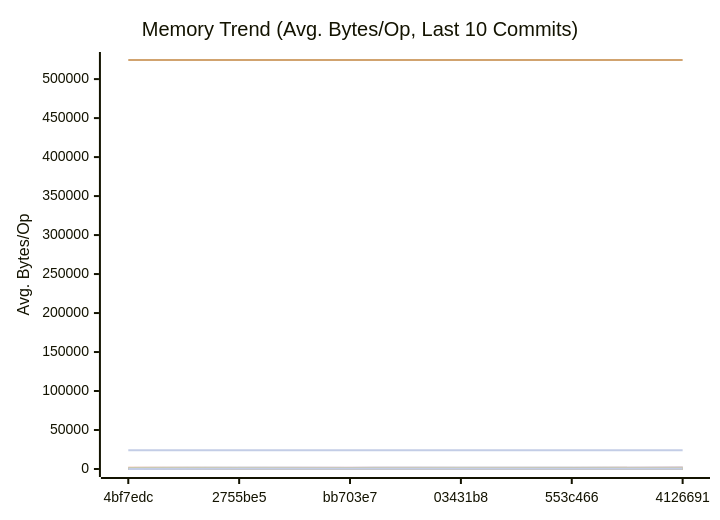
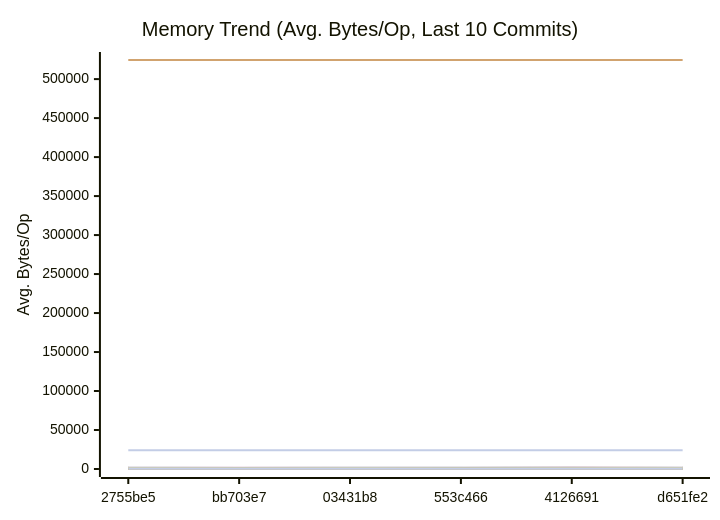
The second of 3 diagrams in docs/PERFORMANCE.md (alsotoes/momo), drawn with Mermaid before and after one commit. The commit also changed other lines of this file and 2 other files, not shown here.

````diff
--- a/docs/PERFORMANCE.md
+++ b/docs/PERFORMANCE.md
@@ -310,44 +310,44 @@
 ```mermaid
 xychart-beta
     title "Memory Trend (Avg. Bytes/Op, Last 10 Commits)"
     x-axis "Commit"
     y-axis "Avg. Bytes/Op"
-    x-axis [4bf7edc,2755be5,bb703e7,03431b8,553c466,4126691]
-    line "AWSChunkedReaderSigned" [128,114,123,127,107,88,100,107,110,64]
-    line "AWSChunkedReaderUnsigned" [147,109,121,110,100,95,109,105,108,49]
+    x-axis [2755be5,bb703e7,03431b8,553c466,4126691,d651fe2]
+    line "AWSChunkedReaderSigned" [114,123,127,107,88,100,107,110,64,68]
+    line "AWSChunkedReaderUnsigned" [109,121,110,100,95,109,105,108,49,63]
     line "CheckMetricsAndSwap" [0,0,0,0,0,0,0,0,0,0]
     line "CrushOptimized" [0,0,0,0,0,0,0,0,0,0]
     line "CrushOriginal" [164,164,164,164,164,164,164,164,164,164]
-    line "FormatListObjectsV2XML_AppendFormat" [524483,524463,524491,524477,524500,524483,524504,524463,524460,524580]
+    line "FormatListObjectsV2XML_AppendFormat" [524463,524491,524477,524500,524483,524504,524463,524460,524580,524552]
     line "FormatListObjectsV2XML_OldFormat" [24000,24000,24000,24000,24000,24000,24000,24000,24000,24000]
-    line "HashBytes/1MiB" [221,207,239,189,200,190,206,280,205,138]
-    line "HashBytes/256MiB" [220,189,234,233,223,190,239,186,209,129]
-    line "HashBytes/64MiB" [211,189,213,196,188,246,242,209,232,132]
-    line "HashFile/1MiB" [204,182,175,202,190,214,232,152,244,127]
-    line "HashFile/256MiB" [205,211,184,230,193,152,190,211,261,126]
-    line "HashFile/64MiB" [204,237,203,232,194,193,195,190,258,120]
+    line "HashBytes/1MiB" [207,239,189,200,190,206,280,205,138,157]
+    line "HashBytes/256MiB" [189,234,233,223,190,239,186,209,129,172]
+    line "HashBytes/64MiB" [189,213,196,188,246,242,209,232,132,172]
+    line "HashFile/1MiB" [182,175,202,190,214,232,152,244,127,148]
+    line "HashFile/256MiB" [211,184,230,193,152,190,211,261,126,156]
+    line "HashFile/64MiB" [237,203,232,194,193,195,190,258,120,142]
     line "IndexDirectTracking" [0,0,0,0,0,0,0,0,0,0]
     line "IndexSearch" [0,0,0,0,0,0,0,0,0,0]
     line "LastModifiedHeader_AppendFormat" [0,0,0,0,0,0,0,0,0,0]
     line "LastModifiedHeader_Format" [32,32,32,32,32,32,32,32,32,32]
     line "LoadGlobalConfig" [1976,1976,1976,1976,1976,1976,1976,1976,1976,1976]
-    line "LocalWrite/1MiB" [1318,1899,1346,1995,1817,1626,1829,1794,1712,592]
-    line "LocalWrite/256MiB" [1776,2213,1940,2087,2086,1665,2131,2012,2499,1674]
-    line "LocalWrite/64MiB" [1265,2063,1863,1888,2026,1495,1896,2009,2371,1365]
+    line "LocalWrite/1MiB" [1899,1346,1995,1817,1626,1829,1794,1712,592,751]
+    line "LocalWrite/256MiB" [2213,1940,2087,2086,1665,2131,2012,2499,1674,1356]
+    line "LocalWrite/64MiB" [2063,1863,1888,2026,1495,1896,2009,2371,1365,1282]
     line "PadString" [64,64,64,64,64,64,64,64,64,64]
     line "ParseReplicationOrder_NoPrealloc" [408,408,408,408,408,248,248,248,248,248]
     line "ParseReplicationOrder_Prealloc" [240,240,240,240,240,80,80,80,80,80]
     line "Placement" [352,352,352,352,352,352,352,352,352,352]
     line "PlacementDomainSpread" [352,352,352,352,352,352,352,352,352,352]
-    line "ReadVerify/1MiB" [206,264,221,222,228,159,210,218,304,186]
-    line "ReadVerify/256MiB" [201,233,215,188,195,228,177,262,214,154]
-    line "ReadVerify/64MiB" [200,233,217,201,195,225,199,226,239,179]
-    line "S3PutSpool/1MiB" [162,207,157,170,157,197,205,252,163,115]
-    line "S3PutSpool/256MiB" [190,202,165,171,152,151,201,247,206,112]
-    line "S3PutSpool/64MiB" [170,238,183,173,176,166,167,219,190,127]
+    line "ReadVerify/1MiB" [264,221,222,228,159,210,218,304,186,157]
+    line "ReadVerify/256MiB" [233,215,188,195,228,177,262,214,154,147]
+    line "ReadVerify/64MiB" [233,217,201,195,225,199,226,239,179,155]
+    line "S3PutSpool/1MiB" [207,157,170,157,197,205,252,163,115,110]
+    line "S3PutSpool/256MiB" [202,165,171,152,151,201,247,206,112,111]
+    line "S3PutSpool/64MiB" [238,183,173,176,166,167,219,190,127,103]
     line "SanitizeLog/Safe" [0,0,0,0,0,0,0,0,0,0]
     line "SanitizeLog/Unsafe" [704,704,704,704,704,704,704,704,704,704]
-    line "TrustedRead/1MiB" [184,216,228,174,171,205,178,279,221,125]
-    line "TrustedRead/256MiB" [175,219,190,237,202,213,230,219,184,123]
-    line "TrustedRead/64MiB" [160,199,226,173,163,199,192,233,169,124]
+    line "TrustedRead/1MiB" [216,228,174,171,205,178,279,221,125,140]
+    line "TrustedRead/256MiB" [219,190,237,202,213,230,219,184,123,110]
+    line "TrustedRead/64MiB" [199,226,173,163,199,192,233,169,124,113]
 ```
````
